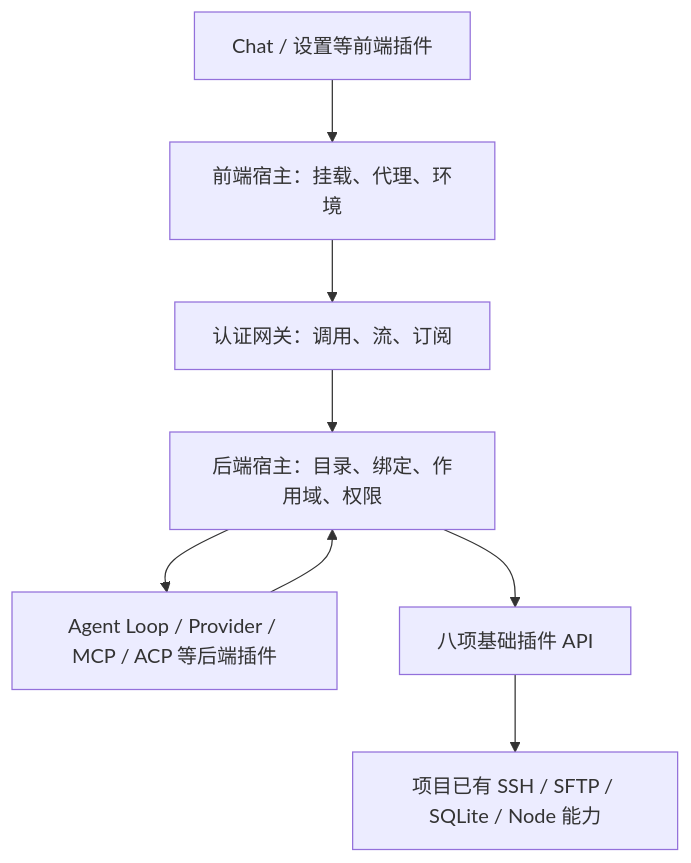
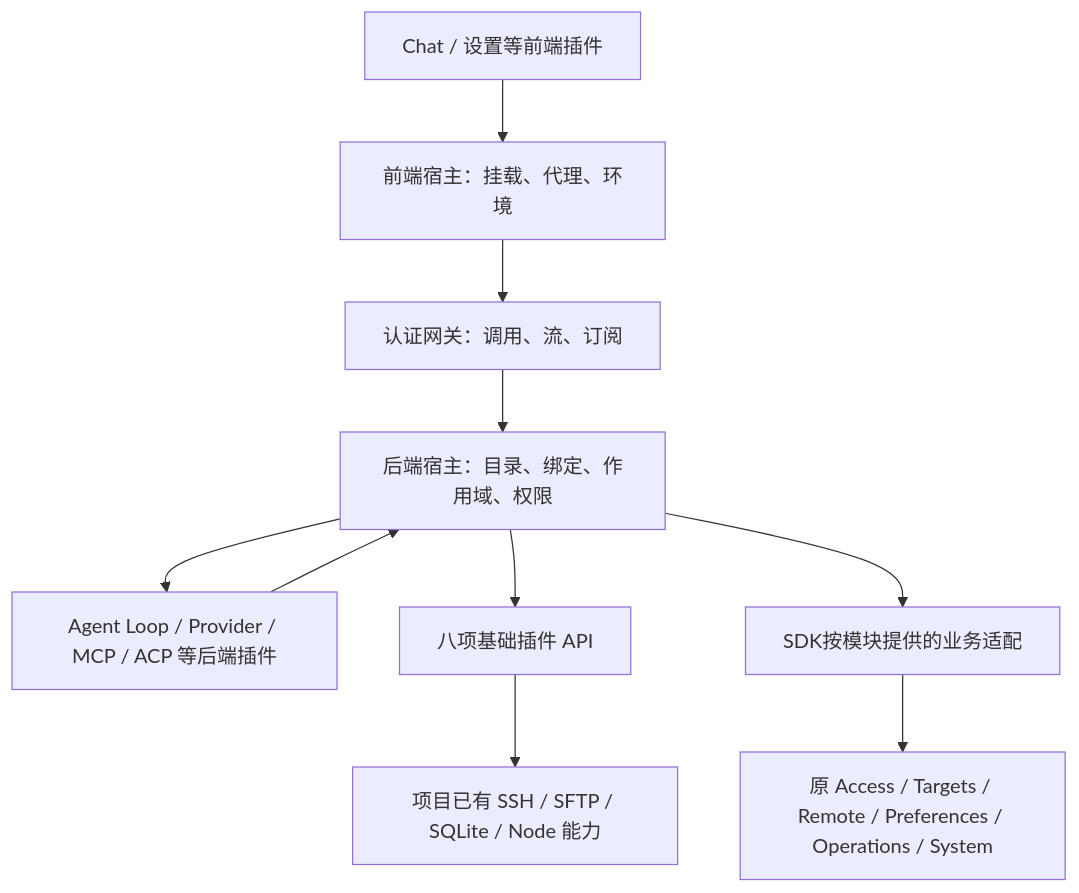
One commit to 0honus0/nexus-terminal changed the diagram in doc/architecture/AGENT_REFACTOR.md. Above: the diagram before and after it, drawn with Mermaid. The commit also changed other lines of this file and 121 other files, not shown here.

````diff
--- a/doc/architecture/AGENT_REFACTOR.md
+++ b/doc/architecture/AGENT_REFACTOR.md
@@ -15,10 +17,12 @@
 ```mermaid
 flowchart TB
     UI[Chat / 设置等前端插件] --> FB[前端宿主：挂载、代理、环境]
     FB --> GW[认证网关：调用、流、订阅]
     GW --> HOST[后端宿主：目录、绑定、作用域、权限]
     APP[Agent Loop / Provider / MCP / ACP 等后端插件] --> HOST
     HOST --> APP
     HOST --> BASE[八项基础插件 API]
     BASE --> OWNER[项目已有 SSH / SFTP / SQLite / Node 能力]
+    HOST --> MODULE_API[SDK按模块提供的业务适配]
+    MODULE_API --> MODULE[原 Access / Targets / Remote / Preferences / Operations / System]
 ```
````
